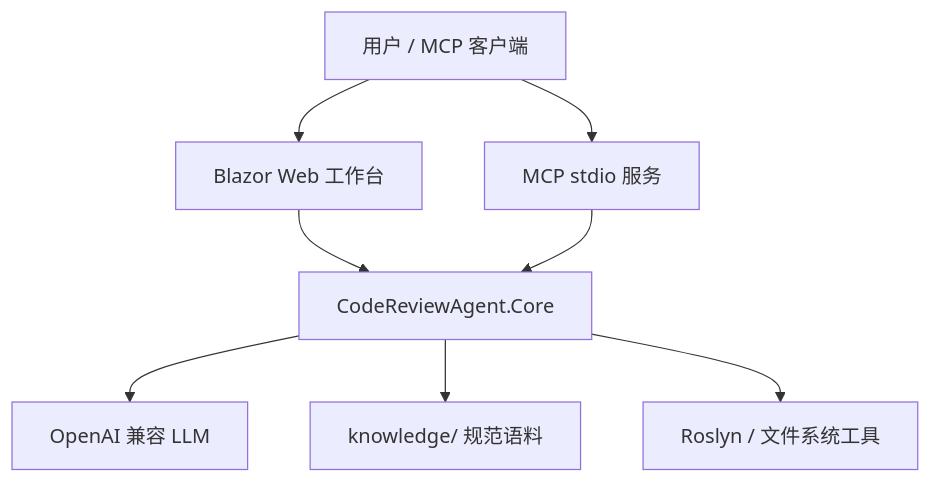
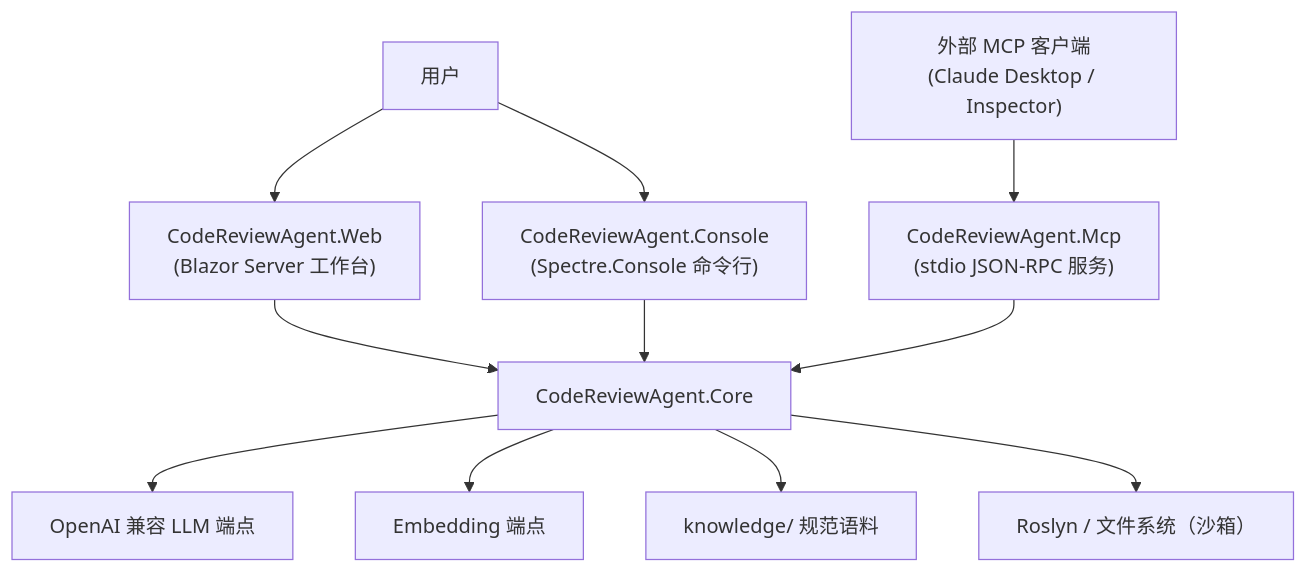
The first of 5 diagrams in docs/architecture.md (Effulgence12/CodeReviewAgent-dotnet), drawn with Mermaid before and after one commit. The commit also changed other lines of this file and 9 other files, not shown here.

````diff
--- a/docs/architecture.md
+++ b/docs/architecture.md
@@ -7,10 +23,15 @@
 ```mermaid
 flowchart TD
-    U["用户 / MCP 客户端"] --> W["Blazor Web 工作台"]
-    U --> M["MCP stdio 服务"]
+    Human["用户"] --> W["CodeReviewAgent.Web<br/>(Blazor Server 工作台)"]
+    Human --> N["CodeReviewAgent.Console<br/>(Spectre.Console 命令行)"]
+    Client["外部 MCP 客户端<br/>(Claude Desktop / Inspector)"] --> M["CodeReviewAgent.Mcp<br/>(stdio JSON-RPC 服务)"]
+
     W --> C["CodeReviewAgent.Core"]
+    N --> C
     M --> C
-    C --> L["OpenAI 兼容 LLM"]
+
+    C --> L["OpenAI 兼容 LLM 端点"]
+    C --> E["Embedding 端点"]
     C --> K["knowledge/ 规范语料"]
-    C --> R["Roslyn / 文件系统工具"]
+    C --> R["Roslyn / 文件系统（沙箱）"]
 ```
````
